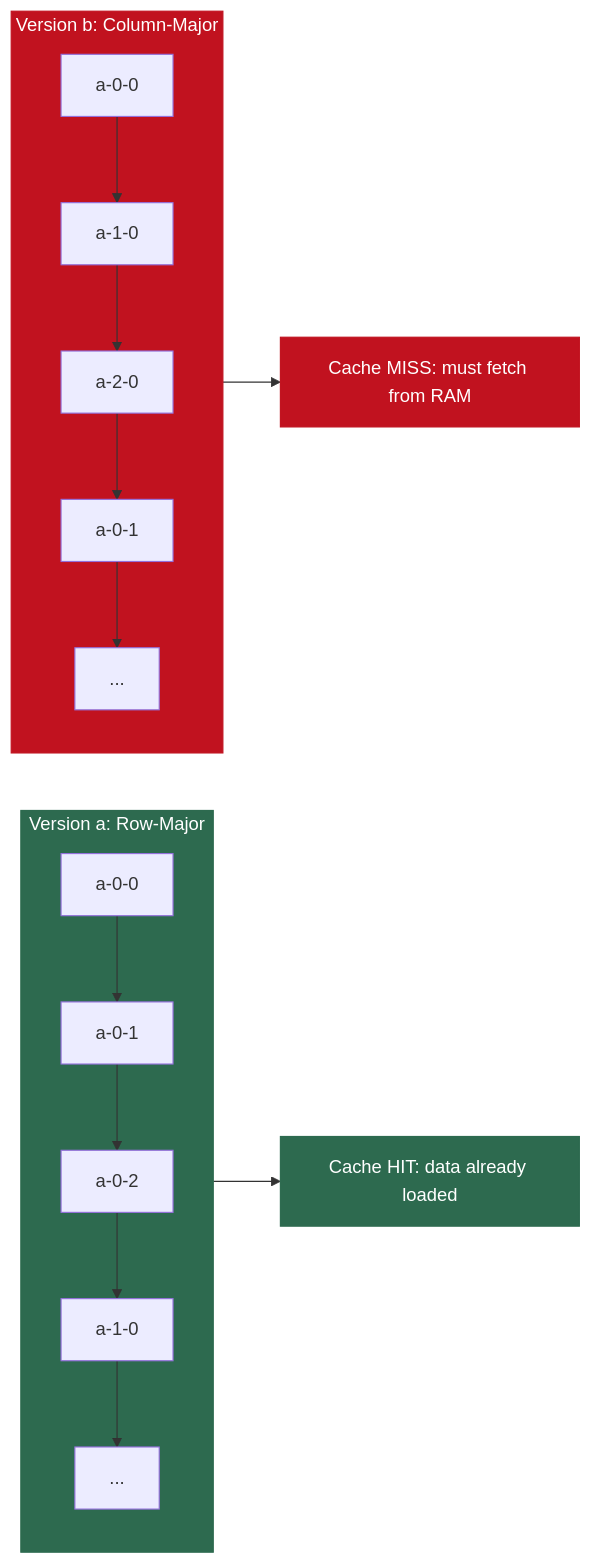
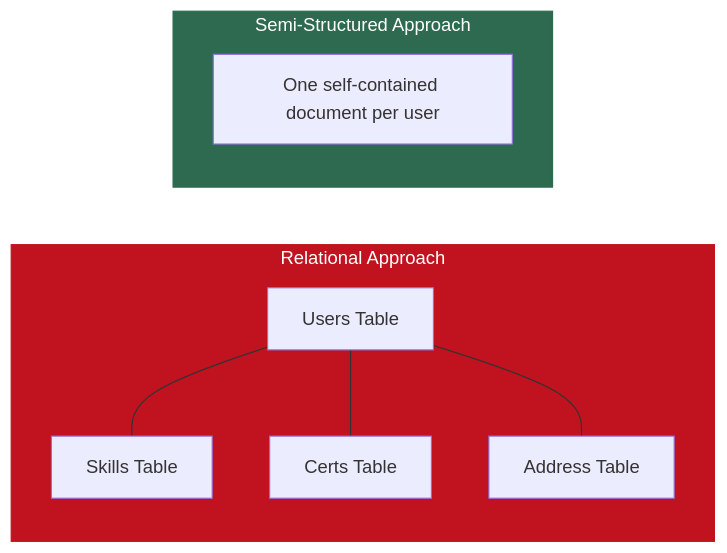
The second of 8 diagrams in Week1/Lecture2_Hardware_Moores_Amdahls.md (MuhammadTahaNasir/Big-Data-Analytics-Notes), drawn with Mermaid before and after one commit. The commit also changed other lines of this file, not shown here.

````diff
--- a/Week1/Lecture2_Hardware_Moores_Amdahls.md
+++ b/Week1/Lecture2_Hardware_Moores_Amdahls.md
@@ -75,17 +101,14 @@
 ```mermaid
 flowchart LR
-    subgraph VA[Version a: Row-Major]
-        A1[a-0-0] --> A2[a-0-1] --> A3[a-0-2] --> A4[a-1-0] --> A5[...]
+    subgraph RDBMS[Relational Approach]
+        T1[Users Table] --- T2[Skills Table]
+        T1 --- T3[Certs Table]
+        T1 --- T4[Address Table]
     end
-    subgraph VB[Version b: Column-Major]
-        B1[a-0-0] --> B2[a-1-0] --> B3[a-2-0] --> B4[a-0-1] --> B5[...]
+    subgraph JSON[Semi-Structured Approach]
+        D1[One self-contained document per user]
     end
 
-    VA --> HIT[Cache HIT: data already loaded]
-    VB --> MISS[Cache MISS: must fetch from RAM]
-
-    style VA fill:#2d6a4f,color:#fff,stroke:#2d6a4f
-    style VB fill:#c1121f,color:#fff,stroke:#c1121f
-    style HIT fill:#2d6a4f,color:#fff,stroke:#2d6a4f
-    style MISS fill:#c1121f,color:#fff,stroke:#c1121f
+    style RDBMS fill:#c1121f,color:#fff,stroke:#c1121f
+    style JSON fill:#2d6a4f,color:#fff,stroke:#2d6a4f
 ```
````
